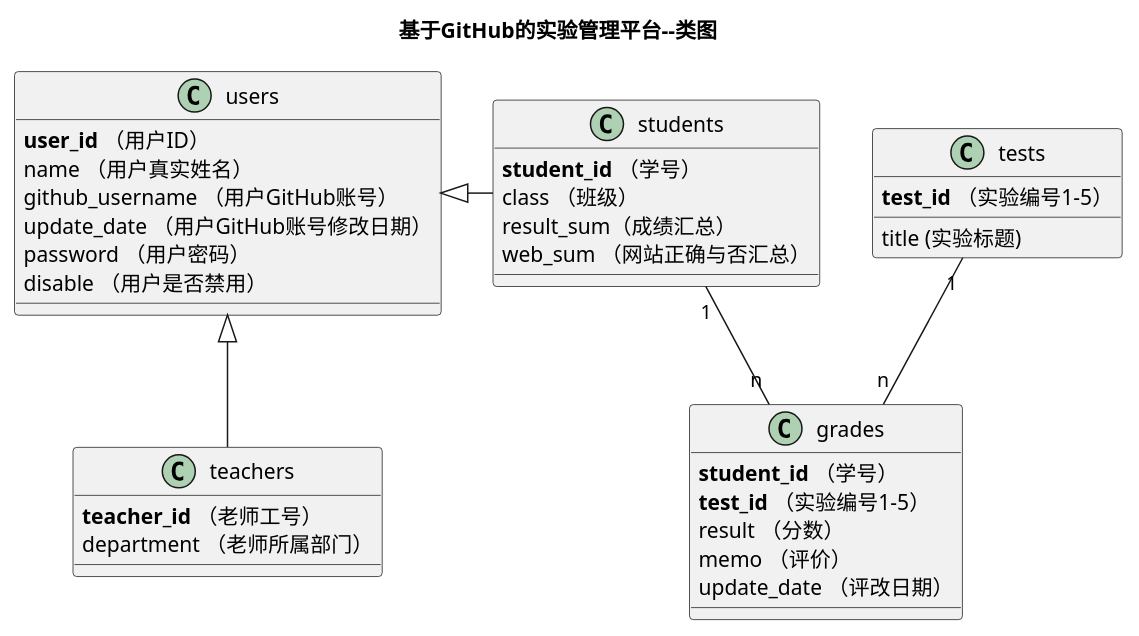
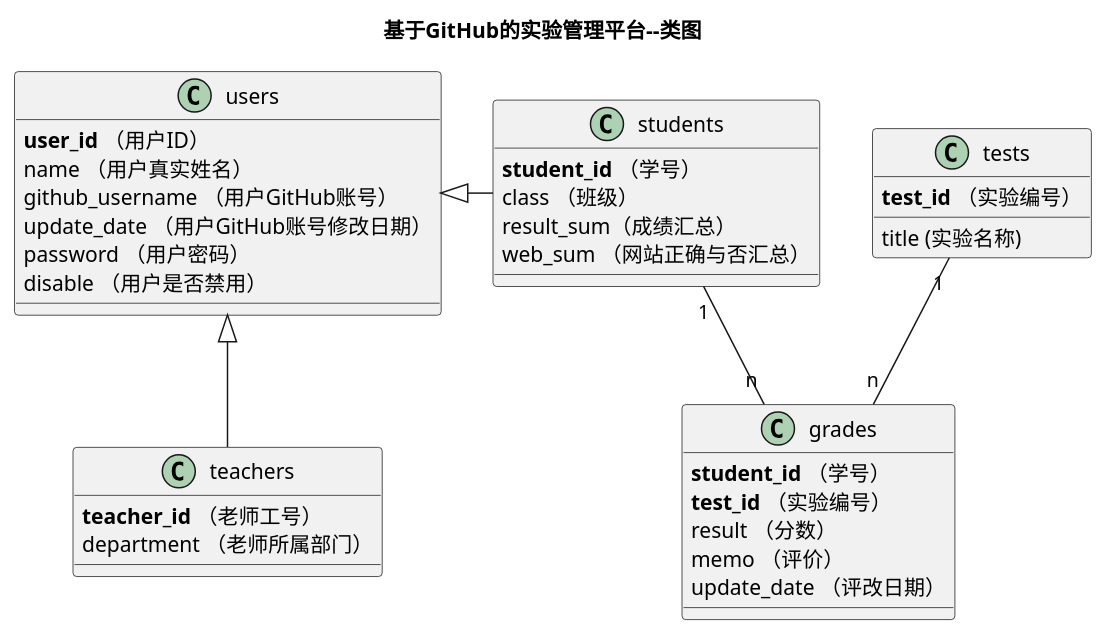
One commit to ylfagh/is_analysis-1 changed the diagram in 项目/实验平台/doc/class.puml. Above: the diagram before and after it, drawn with PlantUML.

Commit message:
version1

```diff
--- a/项目/实验平台/doc/class.puml
+++ b/项目/实验平台/doc/class.puml
@@ -1,40 +1,40 @@
 @startuml
 title 基于GitHub的实验管理平台--类图
 class users {
     <b>user_id</b> （用户ID）
     name （用户真实姓名）
     github_username （用户GitHub账号）
     update_date （用户GitHub账号修改日期）
     password （用户密码）
     disable （用户是否禁用）
 }
 class teachers{
     <b>teacher_id</b> （老师工号）
     department （老师所属部门）
 }
 class students{
     <b>student_id</b> （学号）
     class （班级）
     result_sum（成绩汇总）
     web_sum （网站正确与否汇总）
 }
 users <|- students
 users <|-- teachers
 class grades {
     <b>student_id</b> （学号）
-    <b>test_id</b> （实验编号1-5）
+    <b>test_id</b> （实验编号）
     result （分数）
     memo （评价）
     update_date （评改日期）
 }
 
 class tests {
-    <b>test_id</b> （实验编号1-5）
-    title (实验标题)
+    <b>test_id</b> （实验编号）
+    title (实验名称)
 }
 
 students "1" -- "n"  grades
 tests "1" -- "n"  grades
 
 
 @enduml
```
